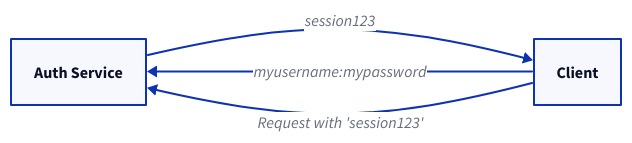
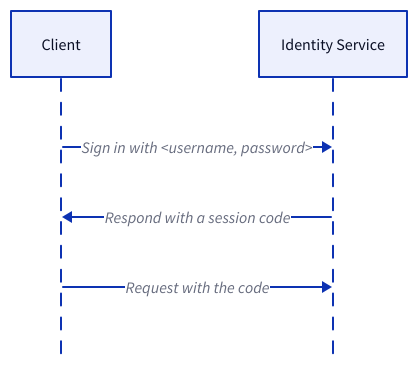
One commit to link1905/system-design-101 changed the first of 25 diagrams in content/docs/system-administration/system-protection/iam.md. Above: the diagram before and after it, drawn with D2. The commit also changed other lines of this file and 9 other files, not shown here.

````diff
--- a/content/docs/system-administration/system-protection/iam.md
+++ b/content/docs/system-administration/system-protection/iam.md
@@ -24,12 +19,14 @@
 ```d2
-direction: right
-s: Auth Service {
-    class: server
+shape: sequence_diagram
+
+c: Client {
+  class: client
 }
-c: Client {
-    class: client
+s: Identity Service {
+  class: server
 }
-c -> s: "myusername:mypassword"
-c <- s: "session123"
-c -> s: "Request with 'session123'"
+
+c -> s: Sign in with <username, password>
+s -> c: Respond with a session code
+c -> s: Request with the code
 ```
````
